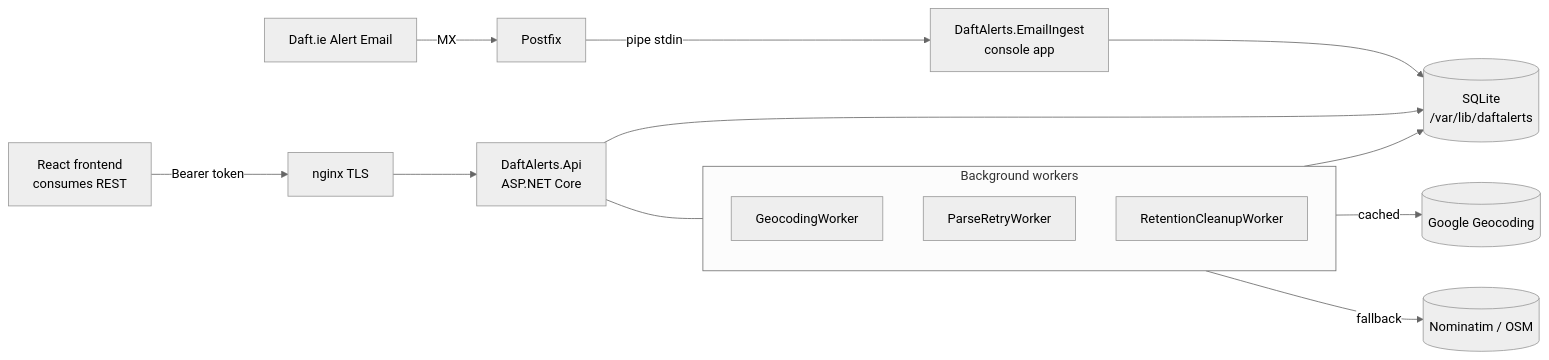
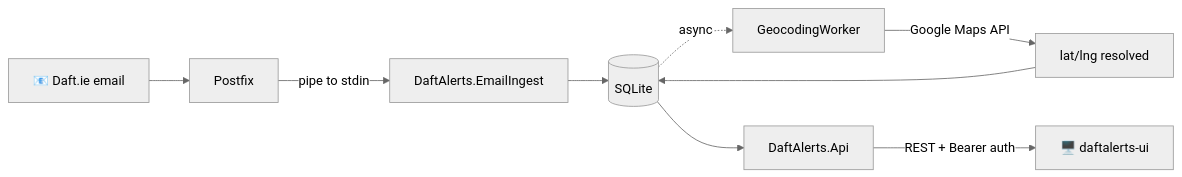
One commit to guibranco/daftalerts-api changed the diagram in README.md. Above: the diagram before and after it, drawn with Mermaid (neutral theme). The commit also changed other lines of this file and 11 other files, not shown here.

````diff
--- a/README.md
+++ b/README.md
@@ -9,19 +96,11 @@
 ```mermaid
 flowchart LR
-    Daft[Daft.ie Alert Email] -->|MX| Postfix
-    Postfix -->|pipe stdin| Ingest[DaftAlerts.EmailIngest<br/>console app]
-    Ingest --> SQLite[(SQLite<br/>/var/lib/daftalerts)]
-    Api[DaftAlerts.Api<br/>ASP.NET Core] --> SQLite
-    subgraph Workers[Background workers]
-        direction TB
-        Geo[GeocodingWorker]
-        Retry[ParseRetryWorker]
-        Clean[RetentionCleanupWorker]
-    end
-    Api --- Workers
-    Workers --> SQLite
-    Geo -->|cached| Google[(Google Geocoding)]
-    Geo -->|fallback| Nominatim[(Nominatim / OSM)]
-    Frontend[React frontend<br/>consumes REST] -->|Bearer token| Nginx[nginx TLS]
-    Nginx --> Api
+    A[📧 Daft.ie email] --> B[Postfix]
+    B -->|pipe to stdin| C[DaftAlerts.EmailIngest]
+    C --> D[(SQLite)]
+    D -.->|async| E[GeocodingWorker]
+    E -->|Google Maps API| F[lat/lng resolved]
+    F --> D
+    D --> G[DaftAlerts.Api]
+    G -->|REST + Bearer auth| H[🖥️ daftalerts-ui]
 ```
````
